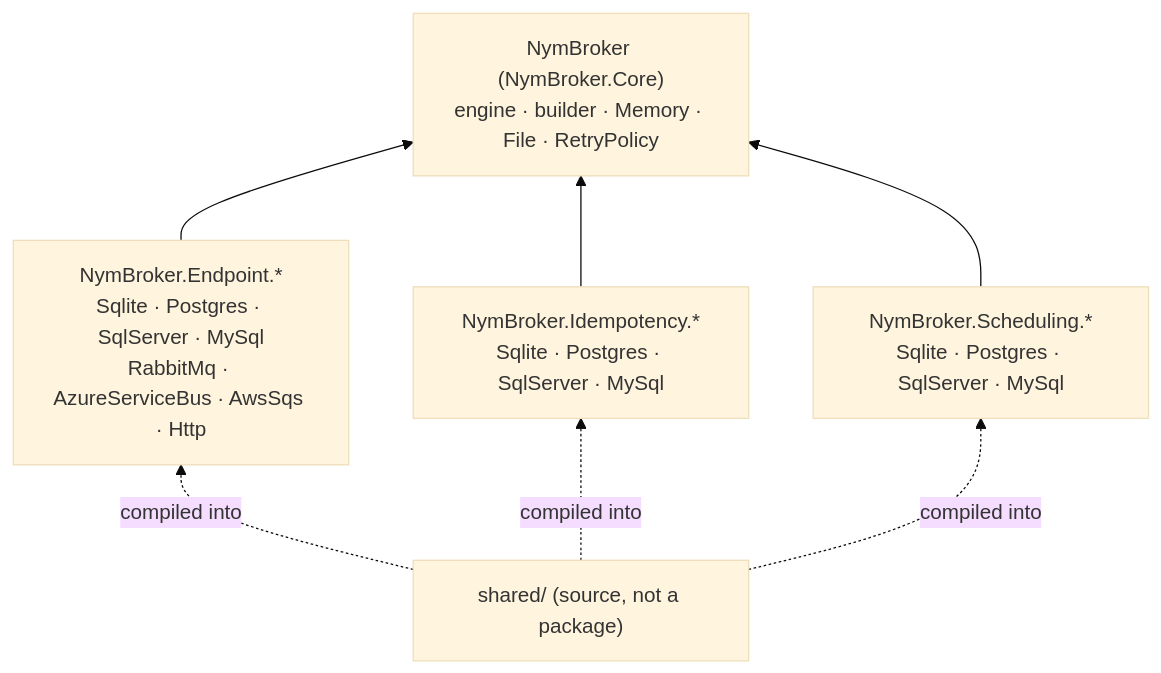
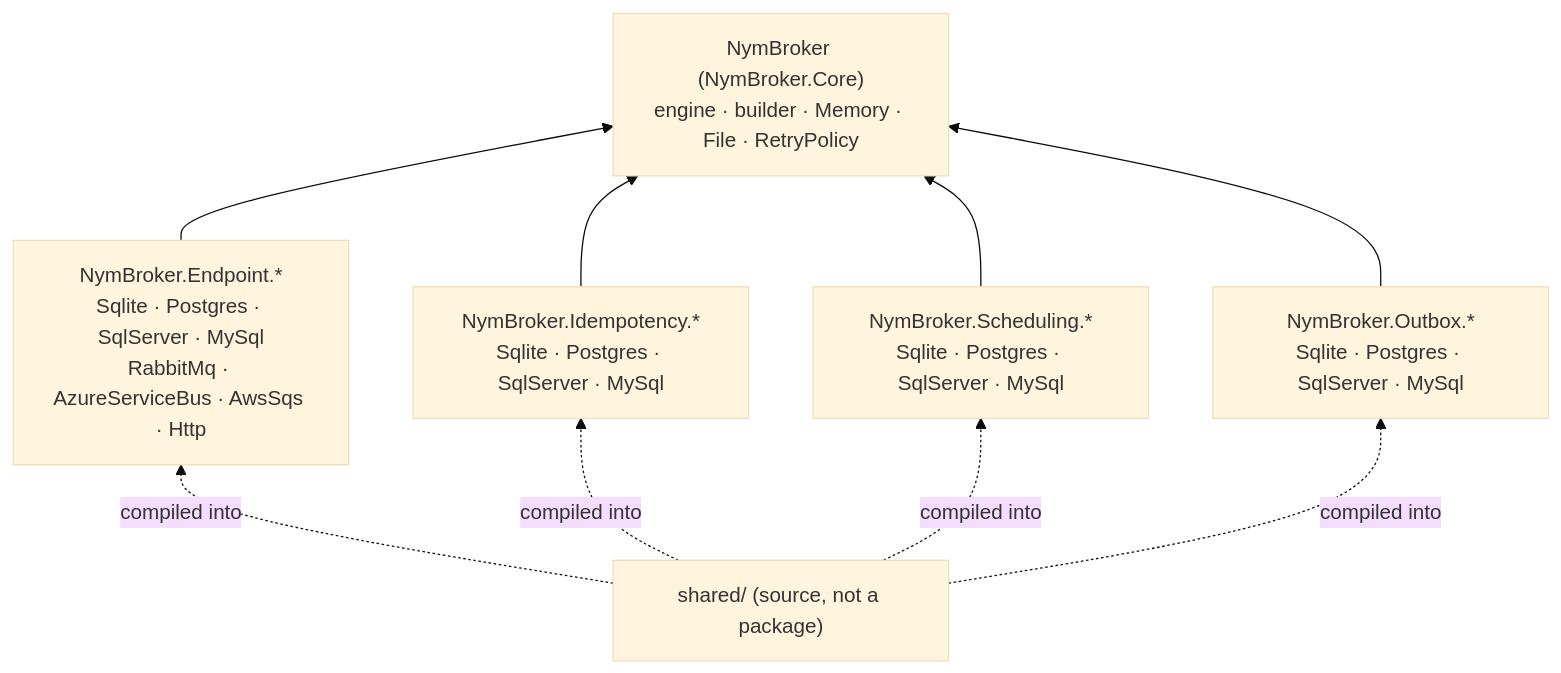
Before and after one commit to nymankla/NymBroker: the first of 2 diagrams in docs/architecture.md, drawn with Mermaid (base theme). The commit also changed other lines of this file and 87 other files, not shown here.

````diff
--- a/docs/architecture.md
+++ b/docs/architecture.md
@@ -9,14 +9,17 @@
 ```mermaid
 flowchart BT
     Core["NymBroker (NymBroker.Core)<br/>engine · builder · Memory · File · RetryPolicy"]
     EP["NymBroker.Endpoint.*<br/>Sqlite · Postgres · SqlServer · MySql<br/>RabbitMq · AzureServiceBus · AwsSqs · Http"]
     ID["NymBroker.Idempotency.*<br/>Sqlite · Postgres · SqlServer · MySql"]
     SC["NymBroker.Scheduling.*<br/>Sqlite · Postgres · SqlServer · MySql"]
+    OB["NymBroker.Outbox.*<br/>Sqlite · Postgres · SqlServer · MySql"]
     SH["shared/ (source, not a package)"]
     EP --> Core
     ID --> Core
     SC --> Core
+    OB --> Core
     SH -. compiled into .-> EP
     SH -. compiled into .-> ID
     SH -. compiled into .-> SC
+    SH -. compiled into .-> OB
 ```
````
